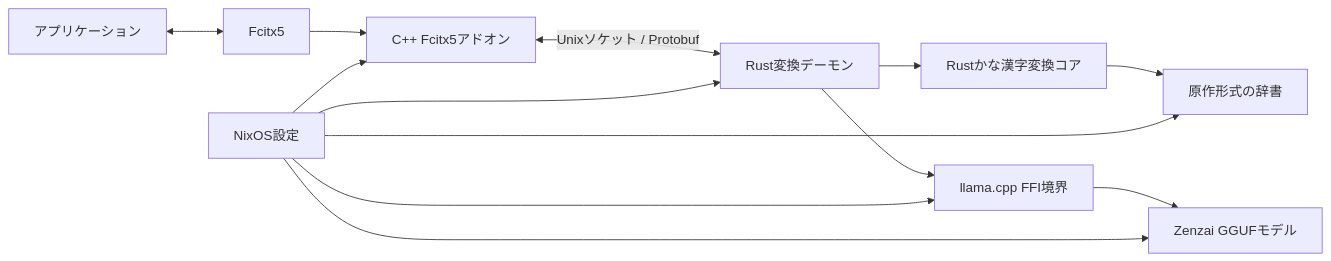
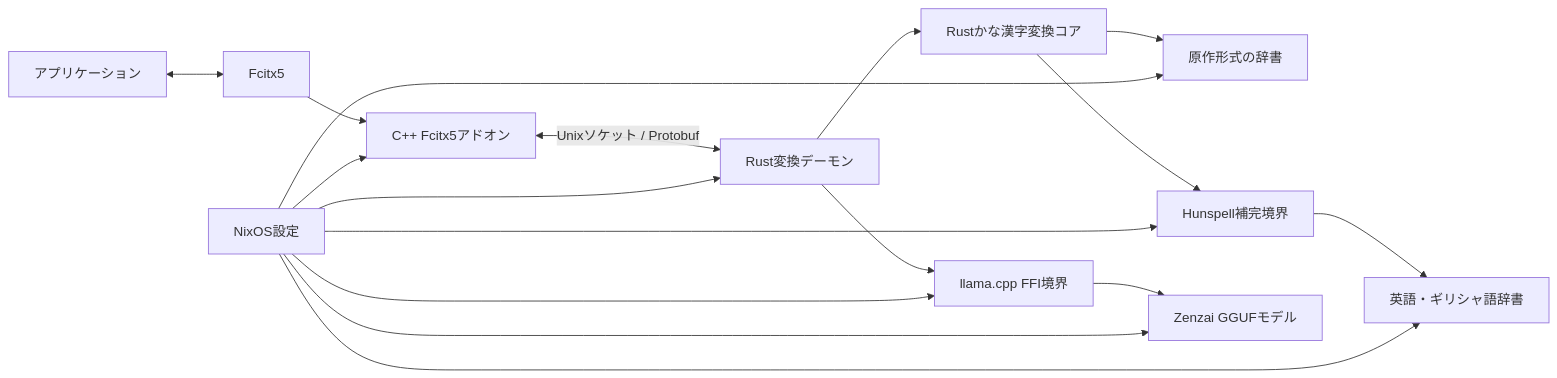
The first of 3 diagrams in docs/architecture.md (ph0ryn/beankey), drawn with Mermaid before and after one commit. The commit also changed other lines of this file and 10 other files, not shown here.

First line of the commit message:
feat(converter): complete foreign words with Hunspell

````diff
--- a/docs/architecture.md
+++ b/docs/architecture.md
@@ -47,25 +48,31 @@
 ```mermaid
 flowchart LR
     app["アプリケーション"]
     fcitx["Fcitx5"]
     addon["C++ Fcitx5アドオン"]
     daemon["Rust変換デーモン"]
     core["Rustかな漢字変換コア"]
     dictionary["原作形式の辞書"]
+    hunspell["Hunspell補完境界"]
+    foreignDictionary["英語・ギリシャ語辞書"]
     llama["llama.cpp FFI境界"]
     model["Zenzai GGUFモデル"]
     nix["NixOS設定"]
 
     app <--> fcitx
     fcitx --> addon
     addon <-->|"Unixソケット / Protobuf"| daemon
     daemon --> core
     daemon --> llama
     core --> dictionary
+    core --> hunspell
+    hunspell --> foreignDictionary
     llama --> model
     nix --> addon
     nix --> daemon
     nix --> dictionary
+    nix --> hunspell
+    nix --> foreignDictionary
     nix --> llama
     nix --> model
 ```
````
